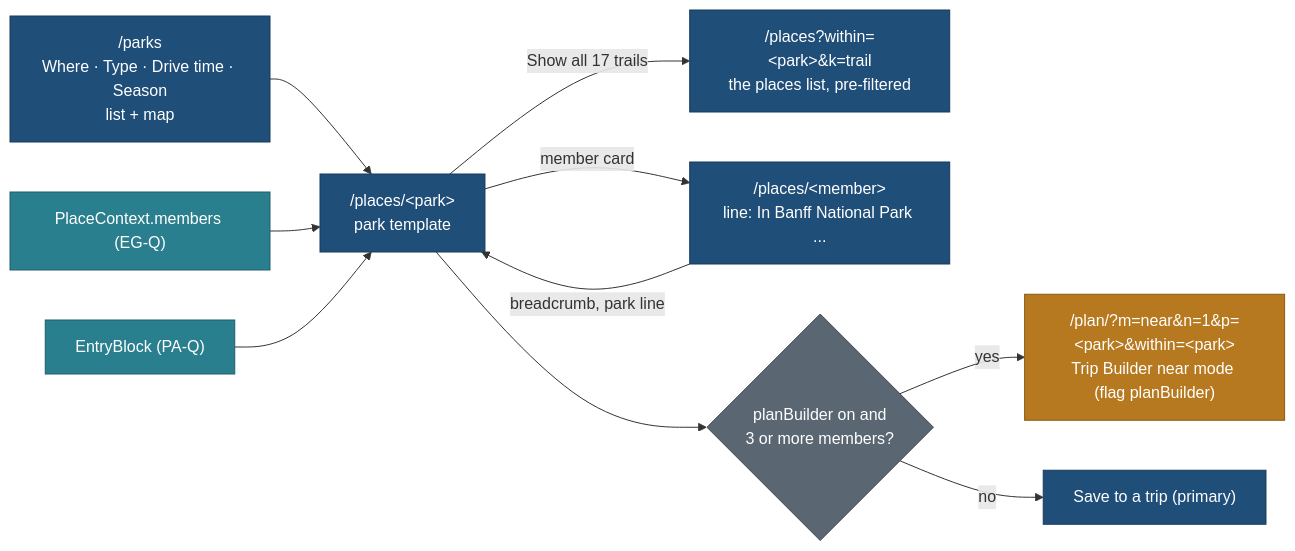
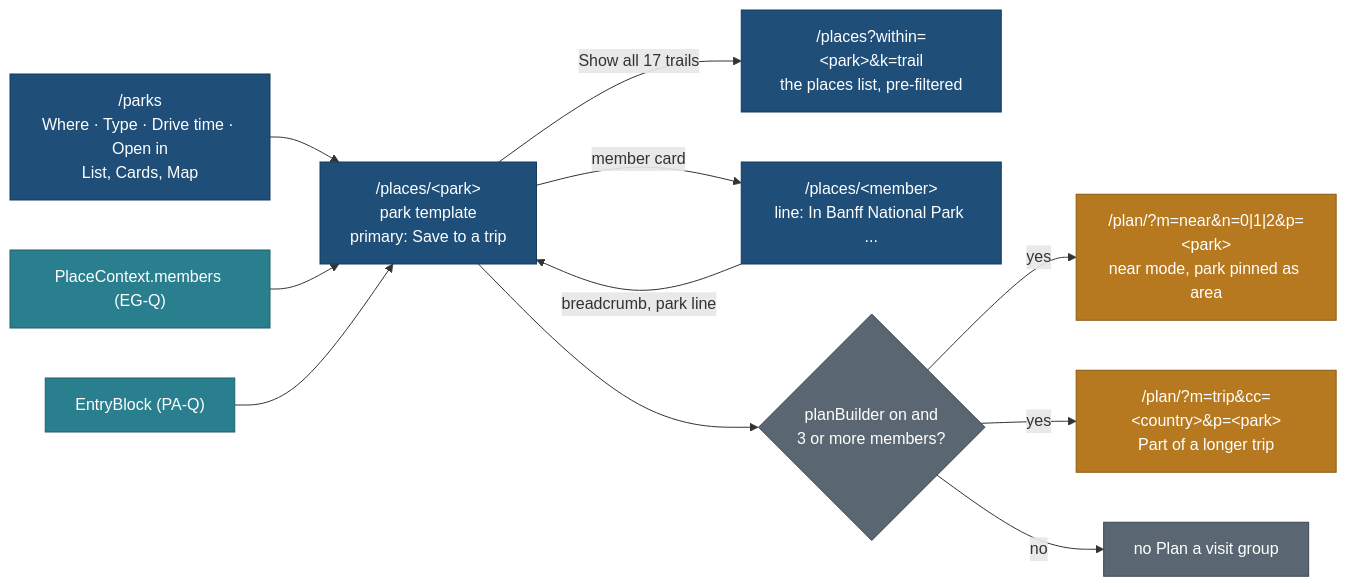
Before and after one commit to nitin27may/travel: the diagram in docs/v2/design/park-page/README.md, drawn with Mermaid. The commit also changed other lines of this file and 10 other files, not shown here.

````diff
--- a/docs/v2/design/park-page/README.md
+++ b/docs/v2/design/park-page/README.md
@@ -83,26 +90,28 @@
 ```mermaid
 flowchart LR
   classDef page fill:#1F4E79,stroke:#163A5A,color:#FFFFFF
   classDef data fill:#2A7F8F,stroke:#1E5F6B,color:#FFFFFF
   classDef ext fill:#B7791F,stroke:#8A5A12,color:#FFFFFF
   classDef gate fill:#5A6772,stroke:#3E4850,color:#FFFFFF
 
-  IDX["/parks<br/>Where · Type · Drive time · Season<br/>list + map"]:::page
-  PARK["/places/&lt;park&gt;<br/>park template"]:::page
+  IDX["/parks<br/>Where · Type · Drive time · Open in<br/>List, Cards, Map"]:::page
+  PARK["/places/&lt;park&gt;<br/>park template<br/>primary: Save to a trip"]:::page
   LIST["/places?within=&lt;park&gt;&k=trail<br/>the places list, pre-filtered"]:::page
   MEMBER["/places/&lt;member&gt;<br/>line: In Banff National Park ..."]:::page
-  PLAN["/plan/?m=near&n=1&p=&lt;park&gt;&within=&lt;park&gt;<br/>Trip Builder near mode (flag planBuilder)"]:::ext
+  NEAR["/plan/?m=near&n=0|1|2&p=&lt;park&gt;<br/>near mode, park pinned as area"]:::ext
+  TRIP["/plan/?m=trip&cc=&lt;country&gt;&p=&lt;park&gt;<br/>Part of a longer trip"]:::ext
   CTX["PlaceContext.members (EG-Q)"]:::data
   ENTRY["EntryBlock (PA-Q)"]:::data
   FLAG{"planBuilder on and<br/>3 or more members?"}:::gate
 
   IDX --> PARK
   PARK -- "Show all 17 trails" --> LIST
   PARK -- "member card" --> MEMBER
   MEMBER -- "breadcrumb, park line" --> PARK
   PARK --> FLAG
-  FLAG -- yes --> PLAN
-  FLAG -- no --> SAVE["Save to a trip (primary)"]:::page
+  FLAG -- yes --> NEAR
+  FLAG -- yes --> TRIP
+  FLAG -- no --> NONE["no Plan a visit group"]:::gate
   CTX --> PARK
   ENTRY --> PARK
 ```
````
